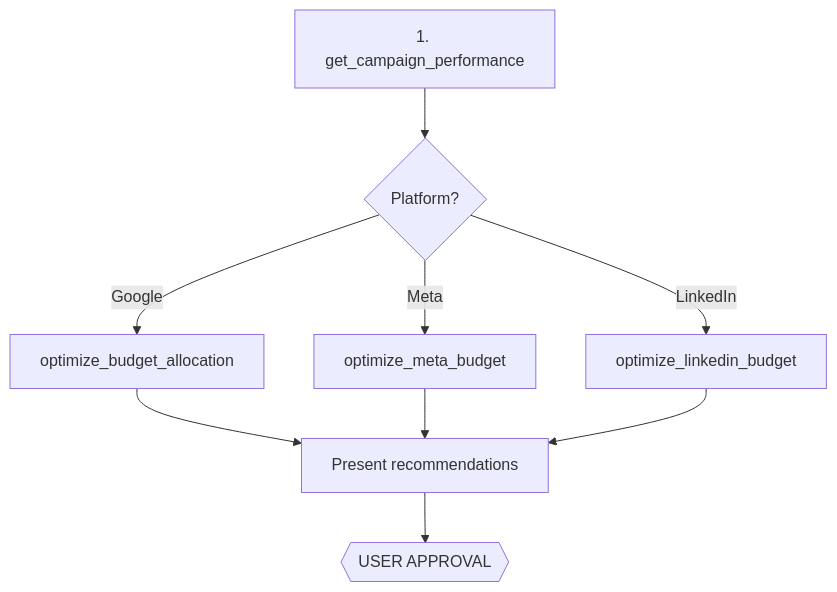
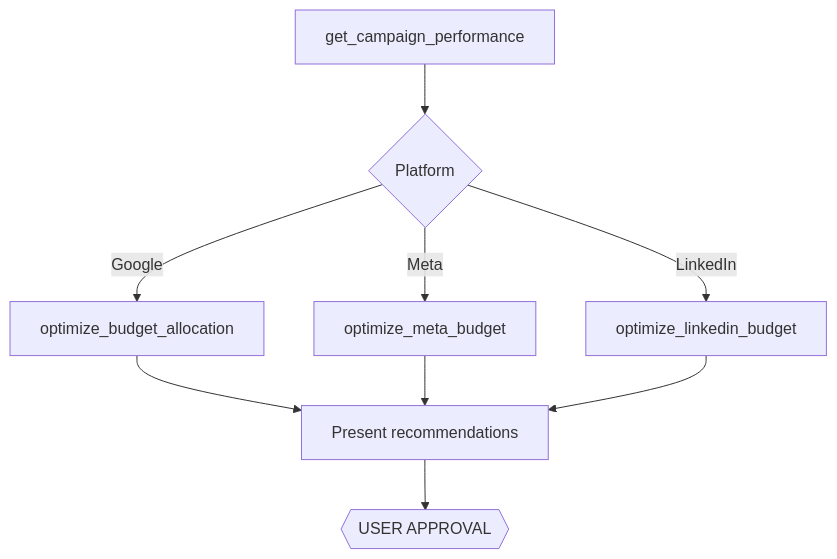
One commit to Adspirer/docs changed the seventh of 8 diagrams in agent-skills/workflows.mdx. Above: the diagram before and after it, drawn with Mermaid. The commit also changed other lines of this file and 1 other file, not shown here.

First line of the commit message:
Fix Mermaid rendering: remove quotes, numbered prefixes, and special chars from node labels

````diff
--- a/agent-skills/workflows.mdx
+++ b/agent-skills/workflows.mdx
@@ -263,11 +263,11 @@
 ```mermaid
 flowchart TD
-    A["1. get_campaign_performance"] --> B{"Platform?"}
-    B -->|Google| C["optimize_budget_allocation"]
-    B -->|Meta| D["optimize_meta_budget"]
-    B -->|LinkedIn| E["optimize_linkedin_budget"]
-    C --> F["Present recommendations"]
+    A[get_campaign_performance] --> B{Platform}
+    B -->|Google| C[optimize_budget_allocation]
+    B -->|Meta| D[optimize_meta_budget]
+    B -->|LinkedIn| E[optimize_linkedin_budget]
+    C --> F[Present recommendations]
     D --> F
     E --> F
-    F --> G{{"USER APPROVAL"}}
+    F --> G{{USER APPROVAL}}
 ```
````
